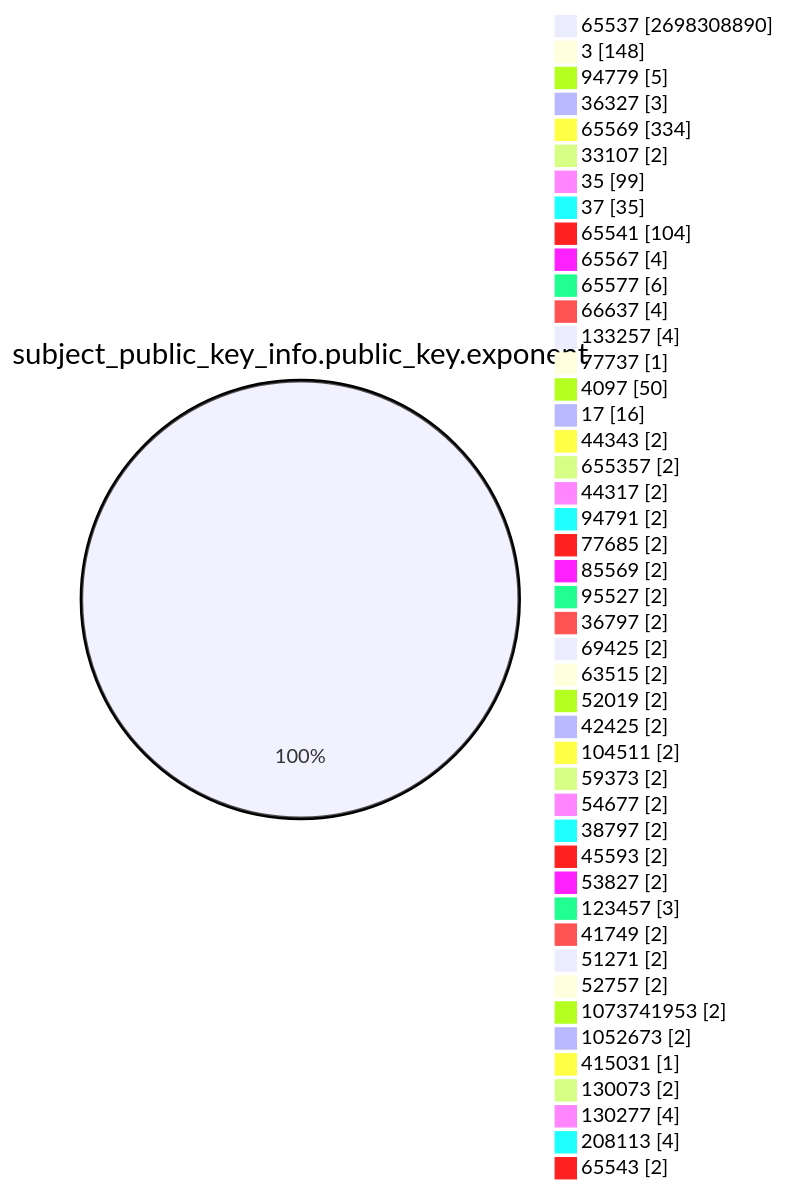
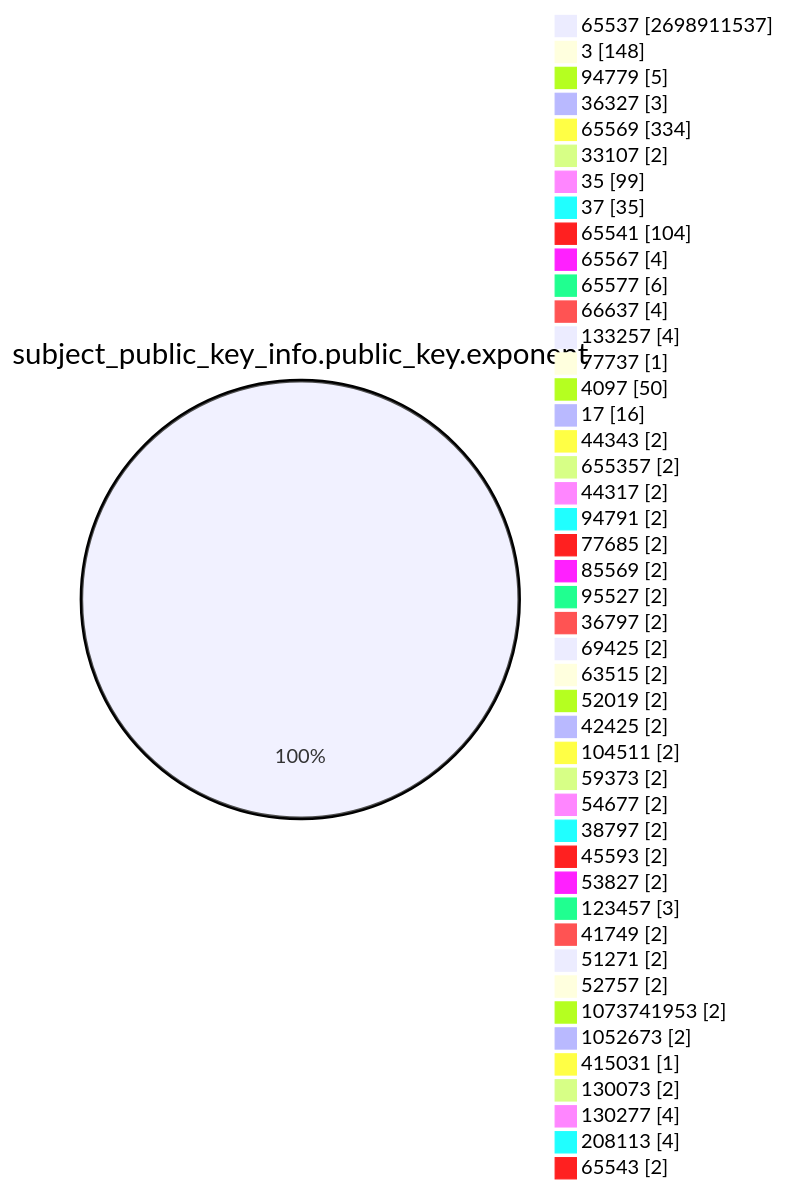
One commit to christiankrug/ctmonitor_visualization changed the fourth of 15 diagrams in TOTAL/README.md. Above: the diagram before and after it, drawn with Mermaid. The commit also changed other lines of this file, not shown here.

````diff
--- a/TOTAL/README.md
+++ b/TOTAL/README.md
@@ -1467,49 +1467,49 @@
 ```mermaid
 pie showData
 title subject_public_key_info.public_key.exponent
-"65537" :2698308890
+"65537" :2698911537
 "3" :148
 "94779" :5
 "36327" :3
 "65569" :334
 "33107" :2
 "35" :99
 "37" :35
 "65541" :104
 "65567" :4
 "65577" :6
 "66637" :4
 "133257" :4
 "77737" :1
 "4097" :50
 "17" :16
 "44343" :2
 "655357" :2
 "44317" :2
 "94791" :2
 "77685" :2
 "85569" :2
 "95527" :2
 "36797" :2
 "69425" :2
 "63515" :2
 "52019" :2
 "42425" :2
 "104511" :2
 "59373" :2
 "54677" :2
 "38797" :2
 "45593" :2
 "53827" :2
 "123457" :3
 "41749" :2
 "51271" :2
 "52757" :2
 "1073741953" :2
 "1052673" :2
 "415031" :1
 "130073" :2
 "130277" :4
 "208113" :4
 "65543" :2
 ```
````
